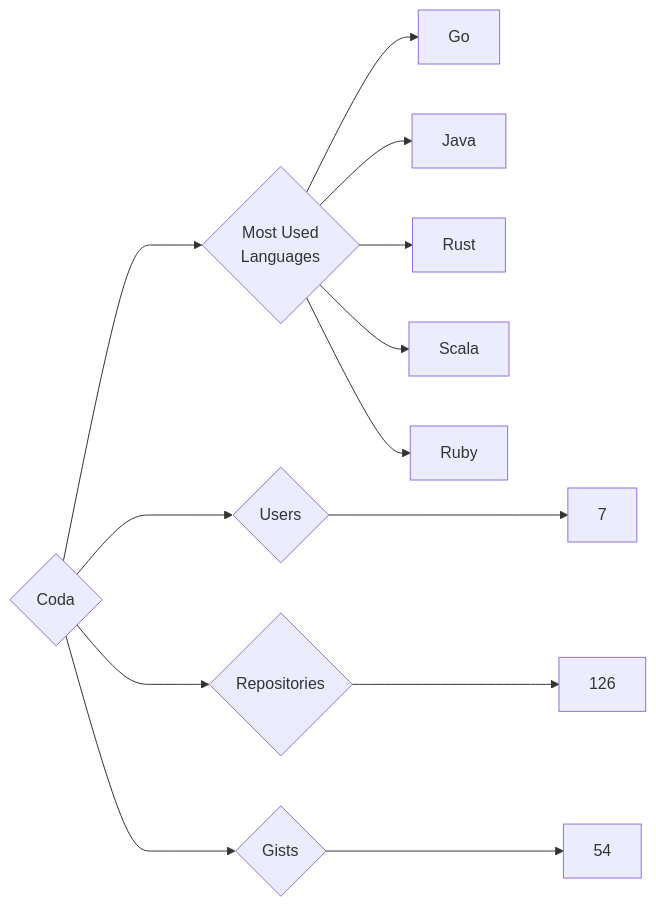
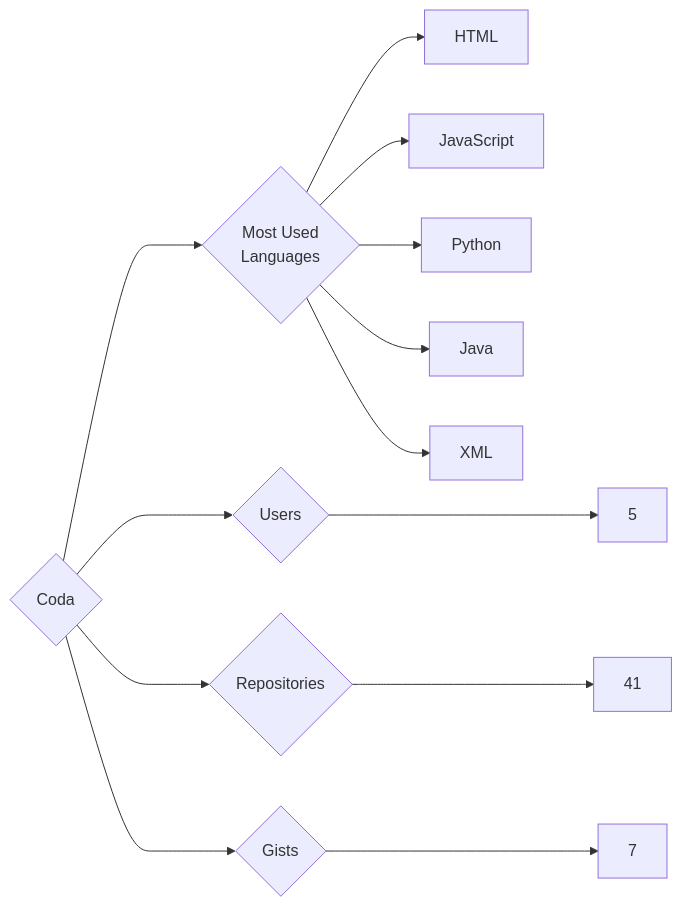
One commit to trickest/insiders changed the diagram in targets/Coda/README.md. Above: the diagram before and after it, drawn with Mermaid. The commit also changed 840 other files, not shown here.

````diff
--- a/targets/Coda/README.md
+++ b/targets/Coda/README.md
@@ -3,13 +3,13 @@
 ```mermaid
 graph LR
 COMPANY_NAME{Coda}
-COMPANY_NAME ---> U{Users} ---> UN[7]
-COMPANY_NAME ---> R{Repositories} ---> RN[126]
-COMPANY_NAME ---> G{Gists} ---> GN[54]
+COMPANY_NAME ---> U{Users} ---> UN[5]
+COMPANY_NAME ---> R{Repositories} ---> RN[41]
+COMPANY_NAME ---> G{Gists} ---> GN[7]
 COMPANY_NAME ---> ML{Most Used<br>Languages}
-ML --> Go[Go]
+ML --> HTML[HTML]
+ML --> JavaScript[JavaScript]
+ML --> Python[Python]
 ML --> Java[Java]
-ML --> Rust[Rust]
-ML --> Scala[Scala]
-ML --> Ruby[Ruby]
+ML --> XML[XML]
 ```
````
